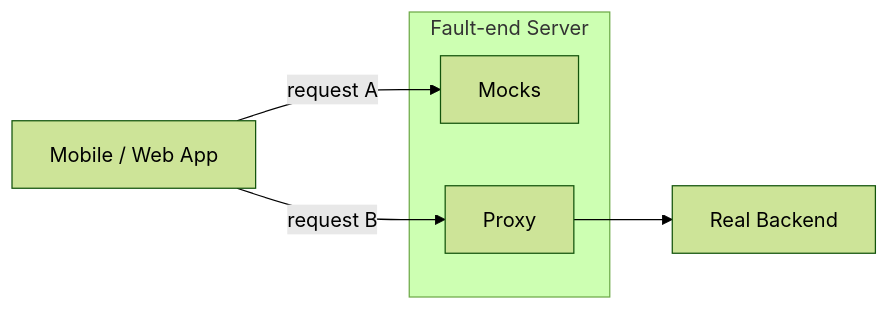
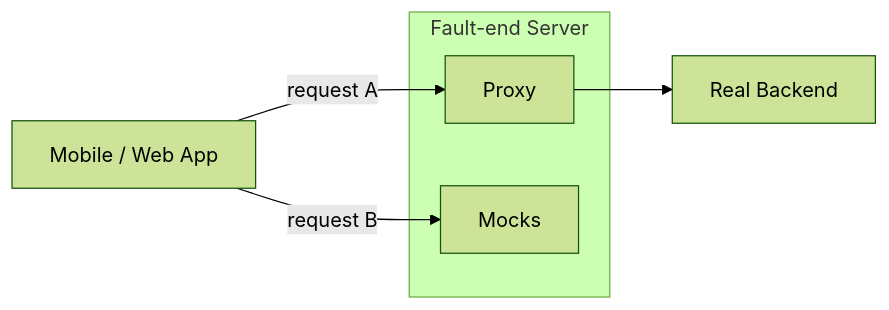
One commit to dalogax/faultend changed the diagram in README.md. Above: the diagram before and after it, drawn with Mermaid (forest theme).

Commit message:
fix: Correct flowchart in README.md to accurately represent request routing

````diff
--- a/README.md
+++ b/README.md
@@ -76,12 +76,12 @@
 ```mermaid
 flowchart LR
-    A[Mobile / Web App] -->|request A| M
-    A -->|request B| P
-    
+    A -->|request A| P
+    A[Mobile / Web App] -->|request B| M
+
     subgraph B[Fault-end Server]
+        P[Proxy]
         M[Mocks]
-        P[Proxy]
     end
     
     P --> C[Real Backend]
 ```
````
